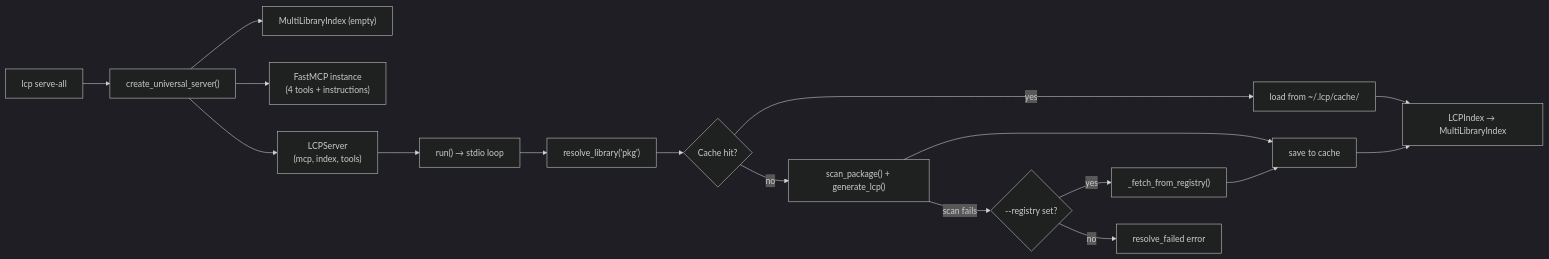
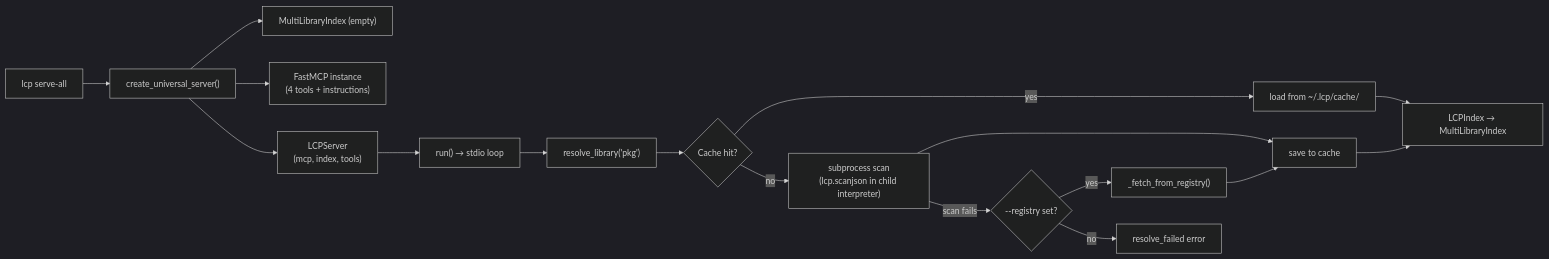
The first of 2 diagrams in docs/architecture/mcp_server/architecture.md (zazza123/lcp), drawn with Mermaid (dark theme) before and after one commit. The commit also changed other lines of this file and 9 other files, not shown here.

First line of the commit message:
DOC: Document subprocess scanning across CLI, guides and architecture

````diff
--- a/docs/architecture/mcp_server/architecture.md
+++ b/docs/architecture/mcp_server/architecture.md
@@ -11,19 +11,19 @@
 ```mermaid
 flowchart LR
     A["lcp serve-all"] --> B["create_universal_server()"]
     B --> C["MultiLibraryIndex (empty)"]
     B --> D["FastMCP instance\n(4 tools + instructions)"]
     B --> P["LCPServer\n(mcp, index, tools)"]
     P --> E["run() → stdio loop"]
     E --> F["resolve_library('pkg')"]
     F --> G{"Cache hit?"}
     G -- yes --> H["load from ~/.lcp/cache/"]
-    G -- no --> I["scan_package() + generate_lcp()"]
+    G -- no --> I["subprocess scan\n(lcp.scanjson in child interpreter)"]
     I --> J["save to cache"]
     I -- scan fails --> R{"--registry set?"}
     R -- yes --> S["_fetch_from_registry()"]
     S --> J
     R -- no --> ERR["resolve_failed error"]
     H --> K["LCPIndex → MultiLibraryIndex"]
     J --> K
 ```
````
